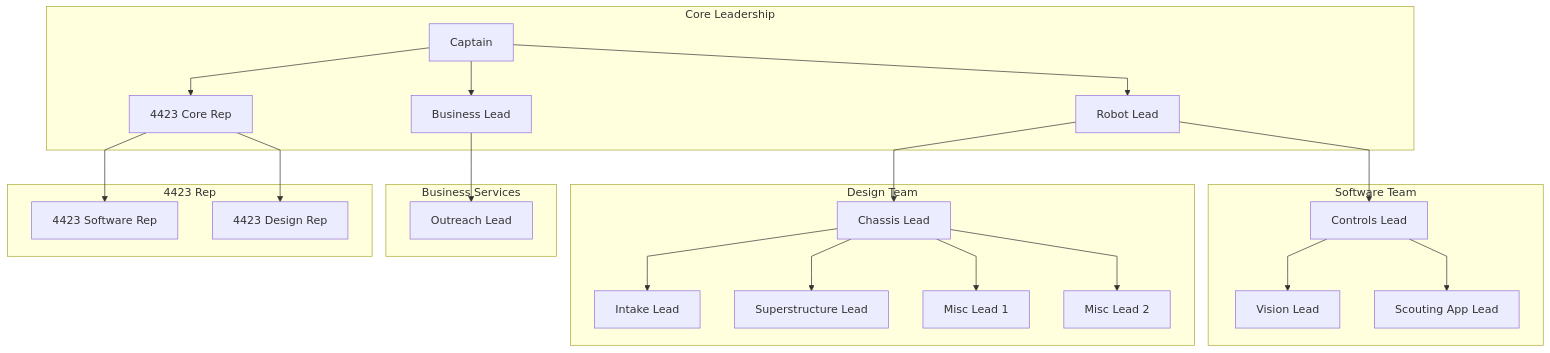
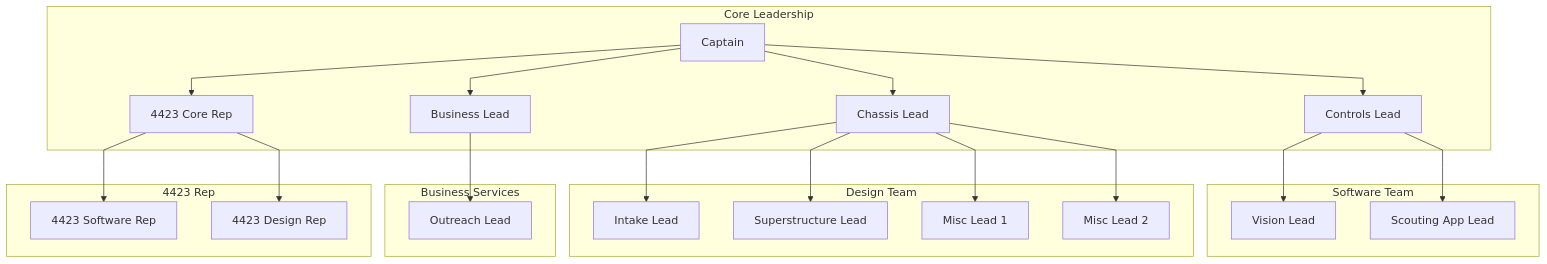
The diagram in Leadership.md (ColeHunt/FRC_Notes), drawn with Mermaid before and after one commit. The commit also changed other lines of this file, not shown here.

Commit message:
removes robot lead

````diff
--- a/Leadership.md
+++ b/Leadership.md
@@ -8,58 +8,56 @@
 ```mermaid
 ---
 config:
   flowchart:
     curve: linear
 ---
 flowchart TD
     Captain["Captain"]
-    RobotLead["Robot Lead"]
     BusinessLead["Business Lead"]
 
     SoftwareLead["Controls Lead"]
     VisionLead["Vision Lead"]
     ScoutingAppLead["Scouting App Lead"]
 
     SubsystemLead["Chassis Lead"]
     SubsystemLead1["Intake Lead"]
     SubsystemLead2["Superstructure Lead"]
     SubsystemLead3["Misc Lead 1"]
     SubsystemLead4["Misc Lead 2"]
 
     OutreachLead["Outreach Lead"]
 
     CoreRep["4423 Core Rep"]
     SoftwareRep["4423 Software Rep"]
     DesignRep["4423 Design Rep"]
 
 
     subgraph "Core Leadership"
-    Captain --> RobotLead
+    Captain --> SoftwareLead
+    Captain --> SubsystemLead
     Captain --> BusinessLead
     Captain --> CoreRep
     end
 
     subgraph "Software Team"
-    RobotLead --> SoftwareLead
     SoftwareLead --> VisionLead
     SoftwareLead --> ScoutingAppLead
     end
 
     subgraph "Design Team"
-    RobotLead --> SubsystemLead
     SubsystemLead --> SubsystemLead1
     SubsystemLead --> SubsystemLead2
     SubsystemLead --> SubsystemLead3
     SubsystemLead --> SubsystemLead4
 
     end
 
     subgraph "Business Services"
     BusinessLead --> OutreachLead
     end
 
     subgraph "4423 Rep"
     CoreRep --> SoftwareRep
     CoreRep --> DesignRep
     end
 ```
````
